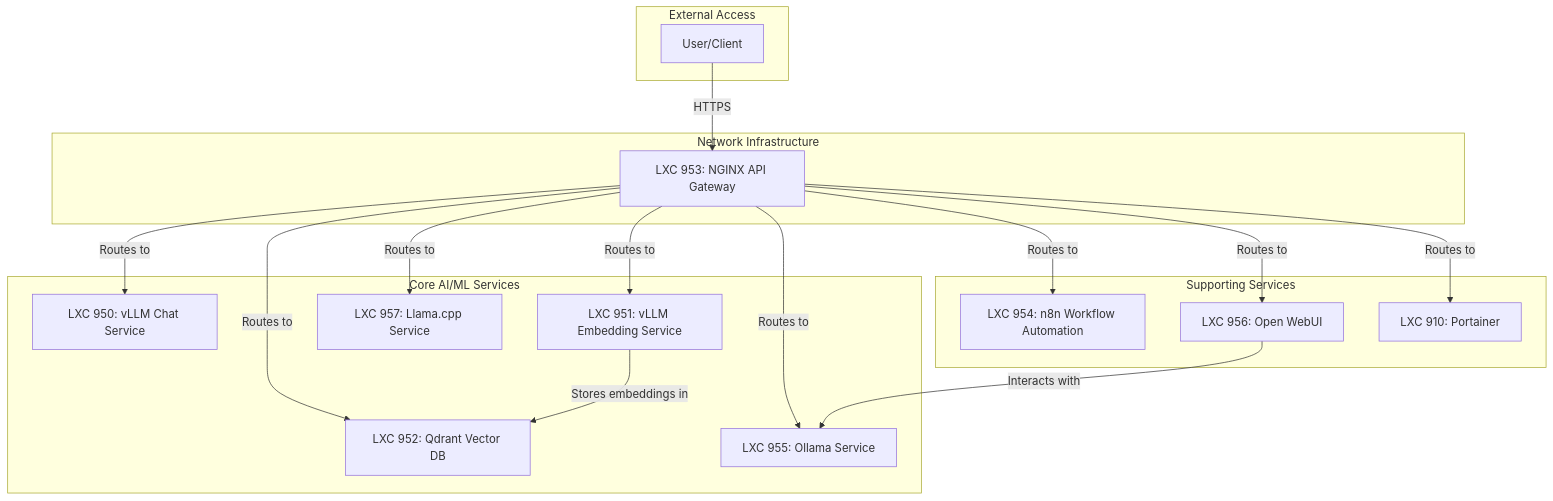
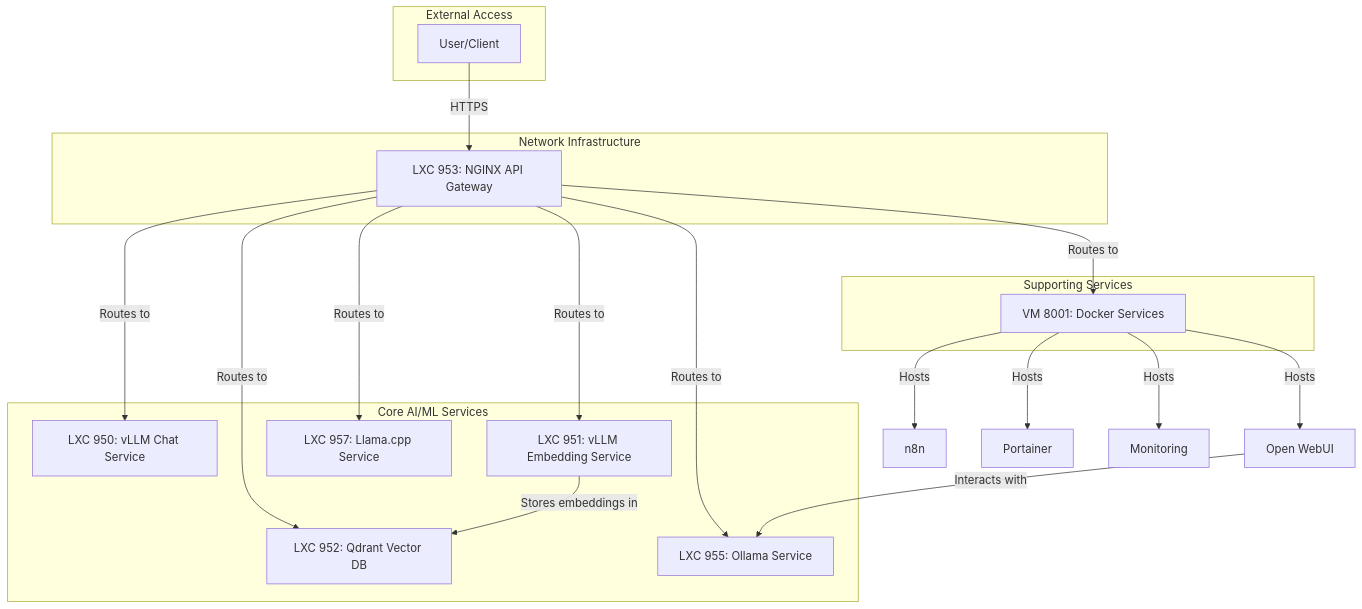
Before and after one commit to SirHeads/Testing-ideas: the diagram in Thinkheads.AI_docs/03_phoenix_hypervisor_implementation/00_guides/02_lxc_container_implementation_guide.md, drawn with Mermaid. The commit also changed other lines of this file and 19 other files, not shown here.

````diff
--- a/Thinkheads.AI_docs/03_phoenix_hypervisor_implementation/00_guides/02_lxc_container_implementation_guide.md
+++ b/Thinkheads.AI_docs/03_phoenix_hypervisor_implementation/00_guides/02_lxc_container_implementation_guide.md
@@ -34,37 +34,38 @@
 ```mermaid
 graph TD
     subgraph "External Access"
         User[User/Client]
     end
 
     subgraph "Network Infrastructure"
         API_Gateway[LXC 953: NGINX API Gateway]
     end
 
     subgraph "Core AI/ML Services"
         VLLM_Chat[LXC 950: vLLM Chat Service]
         VLLM_Embed[LXC 951: vLLM Embedding Service]
         Qdrant[LXC 952: Qdrant Vector DB]
         Ollama[LXC 955: Ollama Service]
         LlamaCPP[LXC 957: Llama.cpp Service]
     end
 
     subgraph "Supporting Services"
-        N8N[LXC 954: n8n Workflow Automation]
-        WebUI[LXC 956: Open WebUI]
-        Portainer[LXC 910: Portainer]
+        DockerVM["VM 8001: Docker Services"]
     end
 
     User -- HTTPS --> API_Gateway
     API_Gateway -- Routes to --> VLLM_Chat
     API_Gateway -- Routes to --> VLLM_Embed
     API_Gateway -- Routes to --> Qdrant
     API_Gateway -- Routes to --> Ollama
     API_Gateway -- Routes to --> LlamaCPP
-    API_Gateway -- Routes to --> N8N
-    API_Gateway -- Routes to --> WebUI
-    API_Gateway -- Routes to --> Portainer
+    API_Gateway -- Routes to --> DockerVM
+
+    DockerVM -- Hosts --> N8N[n8n]
+    DockerVM -- Hosts --> WebUI[Open WebUI]
+    DockerVM -- Hosts --> Portainer[Portainer]
+    DockerVM -- Hosts --> Monitoring[Monitoring]
 
     WebUI -- Interacts with --> Ollama
     VLLM_Embed -- Stores embeddings in --> Qdrant
 ```
````
